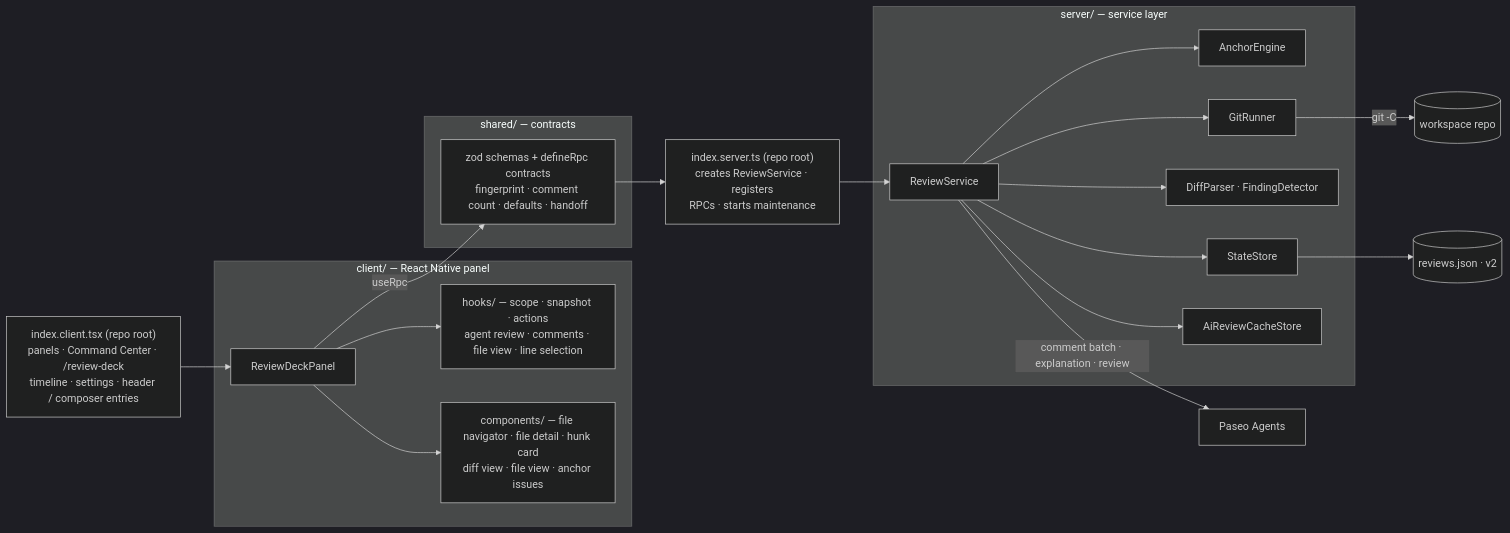
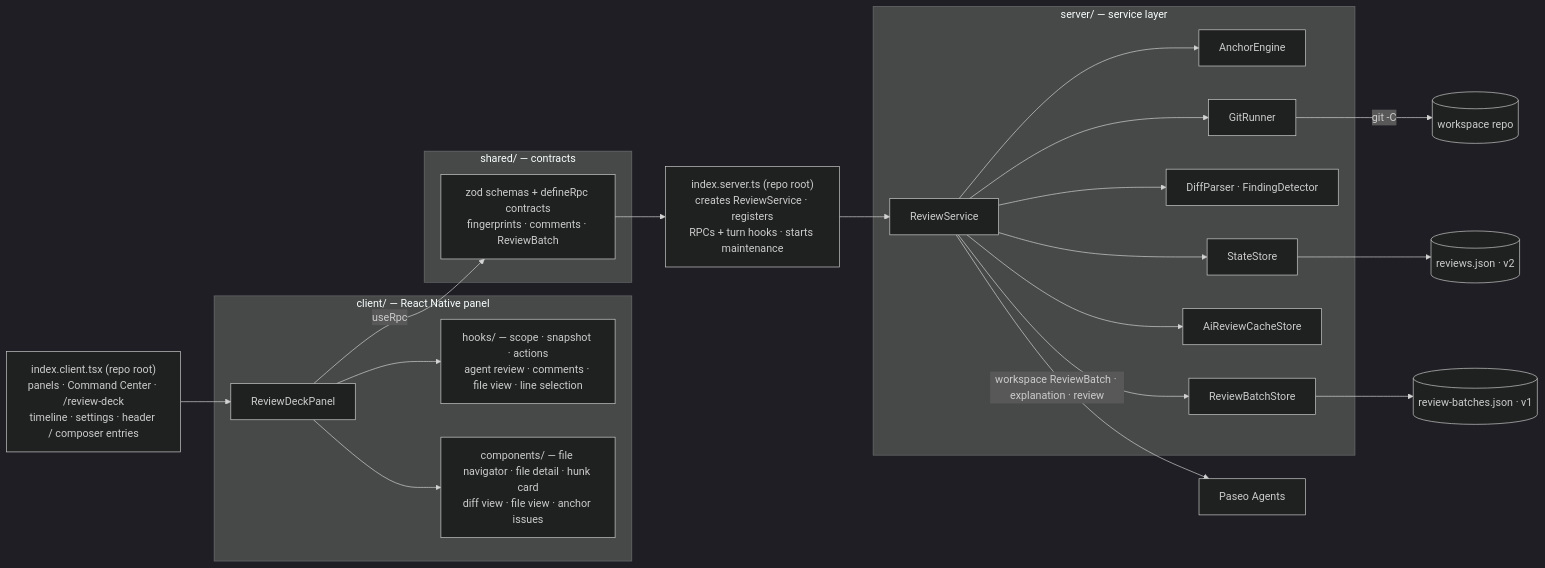
The second of 2 diagrams in README.md (mentalfl0w/review-deck), drawn with Mermaid (dark theme) before and after one commit. The commit also changed other lines of this file and 1 other file, not shown here.

````diff
--- a/README.md
+++ b/README.md
@@ -55,42 +59,46 @@
 ```mermaid
 flowchart LR
     subgraph panel["client/ — React Native panel"]
         Panel["ReviewDeckPanel"]
         Hooks["hooks/ — scope · snapshot · actions<br/>agent review · comments · file view · line selection"]
         UI["components/ — file navigator · file detail · hunk card<br/>diff view · file view · anchor issues"]
         Panel --> Hooks
         Panel --> UI
     end
 
     subgraph shared["shared/ — contracts"]
-        RPC["zod schemas + defineRpc contracts<br/>fingerprint · comment count · defaults · handoff"]
+        RPC["zod schemas + defineRpc contracts<br/>fingerprints · comments · ReviewBatch"]
     end
 
     subgraph server["server/ — service layer"]
         Svc["ReviewService"]
         Anchor["AnchorEngine"]
         Git["GitRunner"]
         Parse["DiffParser · FindingDetector"]
         Store["StateStore"]
         AiCache["AiReviewCacheStore"]
+        BatchStore["ReviewBatchStore"]
         Svc --> Anchor
         Svc --> Git
         Svc --> Parse
         Svc --> Store
         Svc --> AiCache
+        Svc --> BatchStore
     end
 
     ClientEntry["index.client.tsx (repo root)<br/>panels · Command Center · /review-deck<br/>timeline · settings · header / composer entries"]
-    ServerEntry["index.server.ts (repo root)<br/>creates ReviewService · registers<br/>RPCs · starts maintenance"]
+    ServerEntry["index.server.ts (repo root)<br/>creates ReviewService · registers<br/>RPCs + turn hooks · starts maintenance"]
     Agents["Paseo Agents"]
     Repo[("workspace repo")]
     State[("reviews.json · v2")]
+    Batches[("review-batches.json · v1")]
 
+    BatchStore --> Batches
     ClientEntry --> Panel
     Panel -- "useRpc" --> RPC
     RPC --> ServerEntry
     ServerEntry --> Svc
     Git -- "git -C <cwd>" --> Repo
     Store --> State
-    Svc -- "comment batch · explanation · review" --> Agents
+    Svc -- "workspace ReviewBatch · explanation · review" --> Agents
 ```
````
